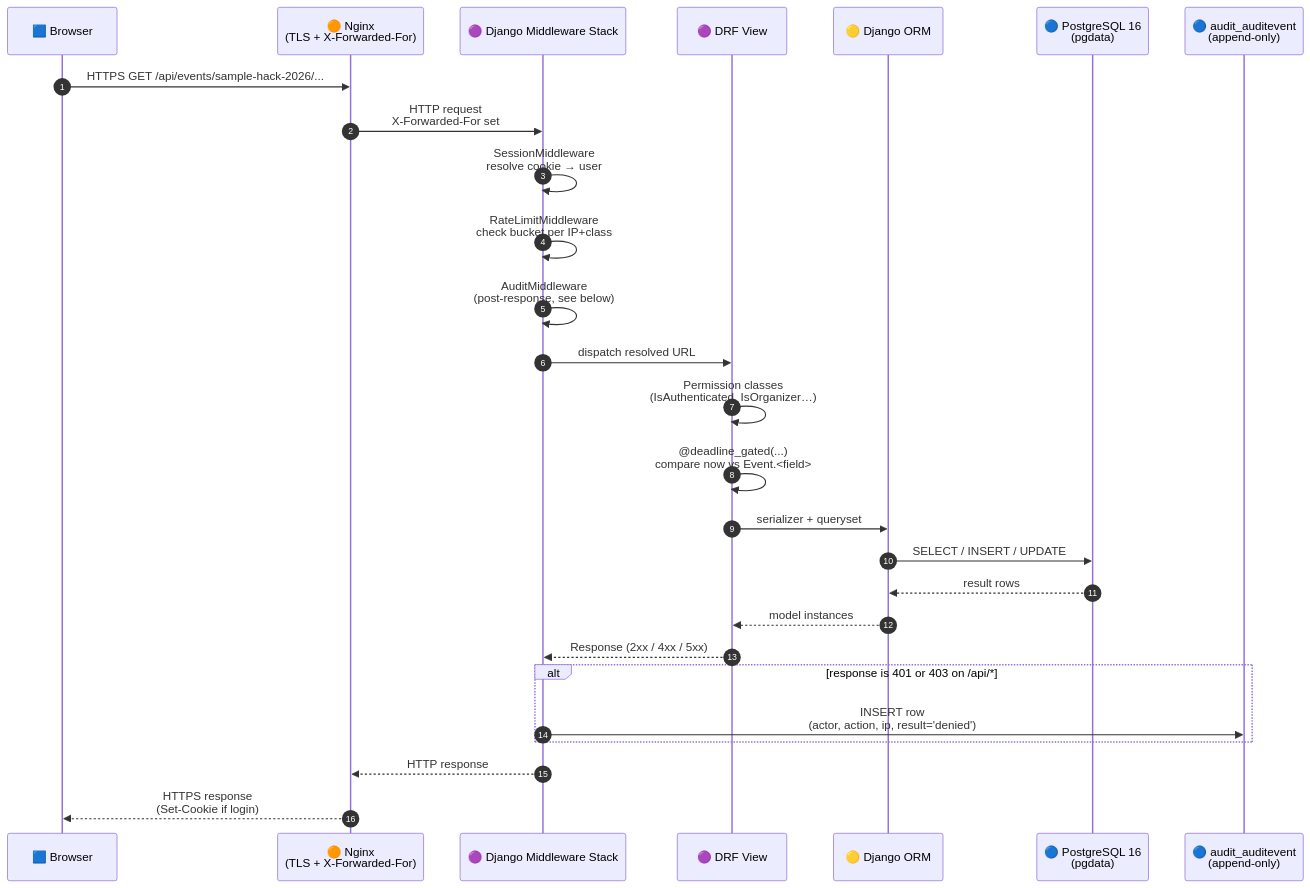
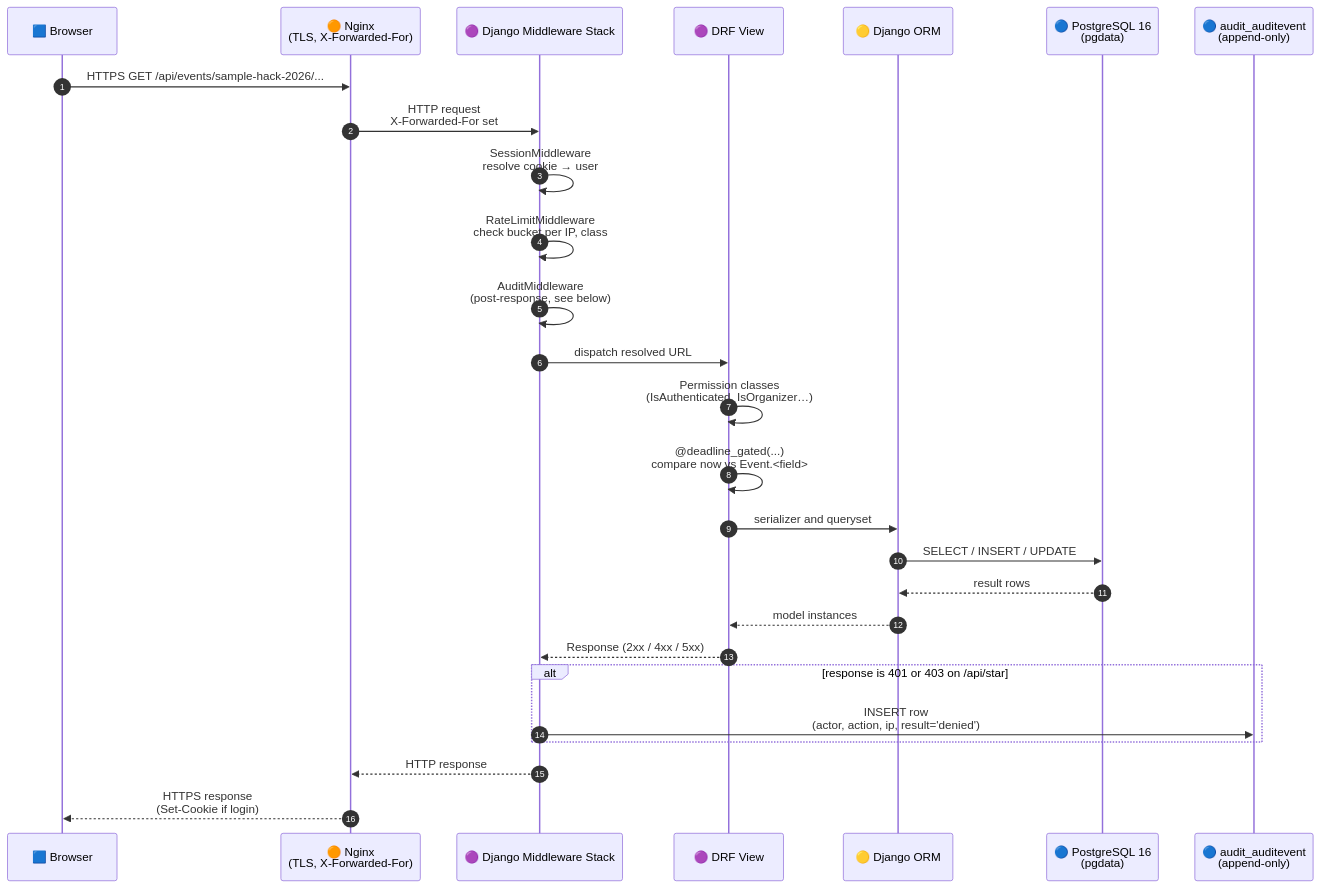
One commit to choksi2212/dogfood-hackathon changed the diagram in docs/BACKEND-IMPL.md. Above: the diagram before and after it, drawn with Mermaid. The commit also changed 20 other files, not shown here.

First line of the commit message:
Fix mermaid parse errors across 21 docs

````diff
--- a/docs/BACKEND-IMPL.md
+++ b/docs/BACKEND-IMPL.md
@@ -38,30 +38,30 @@
 ```mermaid
 sequenceDiagram
     autonumber
     participant Browser as 🟦 Browser
-    participant Nginx as 🟠 Nginx<br/>(TLS + X-Forwarded-For)
+    participant Nginx as 🟠 Nginx<br/>(TLS, X-Forwarded-For)
     participant MW as 🟣 Django Middleware Stack
     participant View as 🟣 DRF View
     participant ORM as 🟡 Django ORM
     participant PG as 🔵 PostgreSQL 16<br/>(pgdata)
     participant Audit as 🔵 audit_auditevent<br/>(append-only)
 
     Browser->>Nginx: HTTPS GET /api/events/sample-hack-2026/...
     Nginx->>MW: HTTP request<br/>X-Forwarded-For set
     MW->>MW: SessionMiddleware<br/>resolve cookie → user
-    MW->>MW: RateLimitMiddleware<br/>check bucket per IP+class
+    MW->>MW: RateLimitMiddleware<br/>check bucket per IP, class
     MW->>MW: AuditMiddleware<br/>(post-response, see below)
     MW->>View: dispatch resolved URL
     View->>View: Permission classes<br/>(IsAuthenticated, IsOrganizer…)
     View->>View: @deadline_gated(...)<br/>compare now vs Event.<field>
-    View->>ORM: serializer + queryset
+    View->>ORM: serializer and queryset
     ORM->>PG: SELECT / INSERT / UPDATE
     PG-->>ORM: result rows
     ORM-->>View: model instances
     View-->>MW: Response (2xx / 4xx / 5xx)
-    alt response is 401 or 403 on /api/*
+    alt response is 401 or 403 on /api/star
         MW->>Audit: INSERT row<br/>(actor, action, ip, result='denied')
     end
     MW-->>Nginx: HTTP response
     Nginx-->>Browser: HTTPS response<br/>(Set-Cookie if login)
 ```
````
